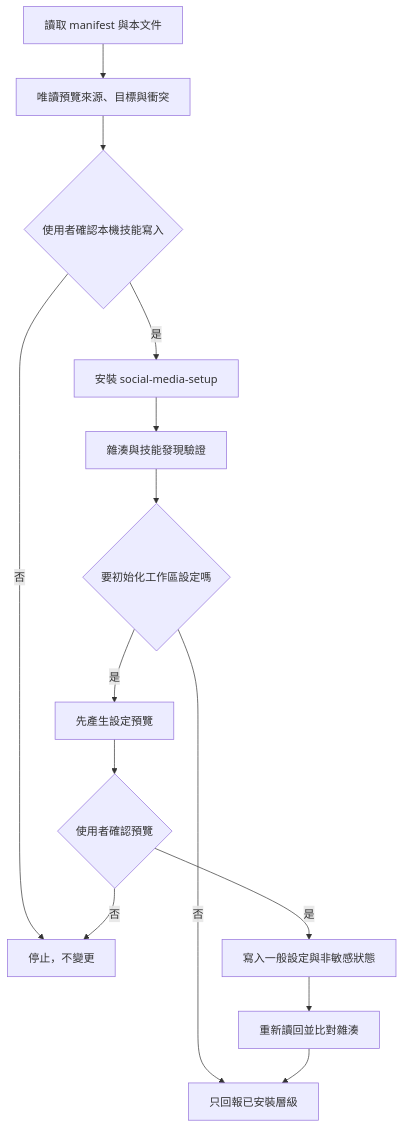
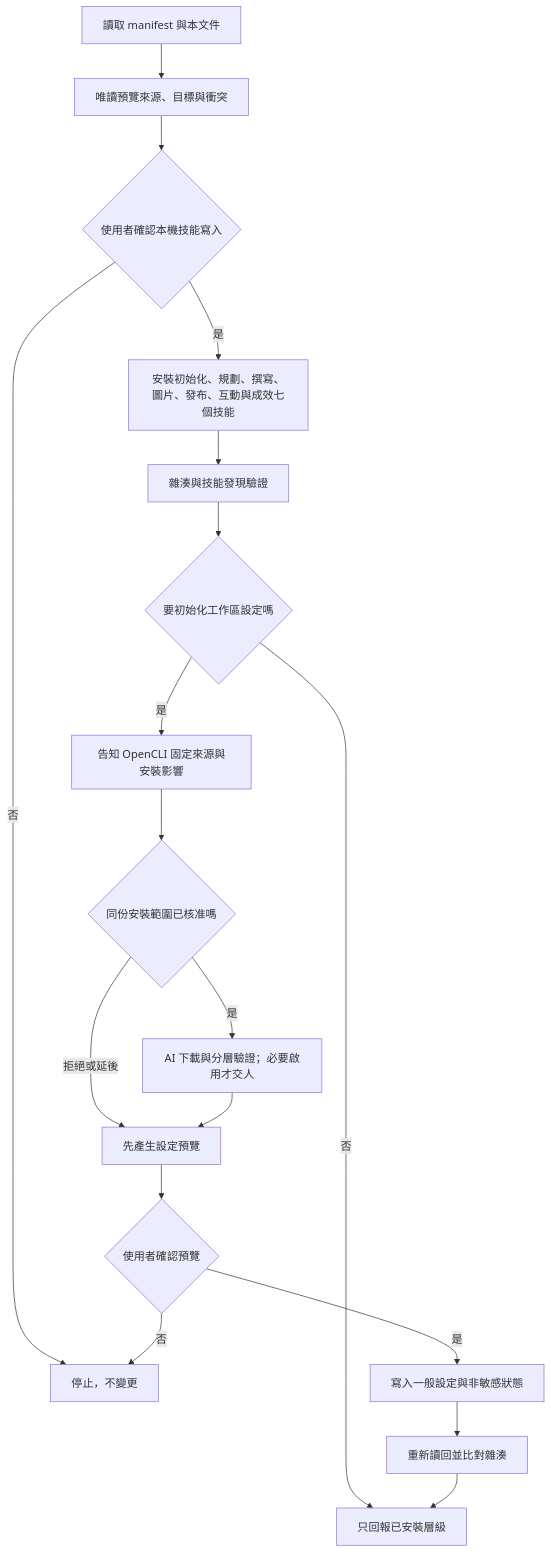
The diagram in skill-packs/social-media/INSTALL.md (iamraven-tw/raven-ai-workflow-toolbox), drawn with Mermaid before and after one commit. The commit also changed other lines of this file and 203 other files, not shown here.

````diff
--- a/skill-packs/social-media/INSTALL.md
+++ b/skill-packs/social-media/INSTALL.md
@@ -5,16 +13,20 @@
 ```mermaid
 flowchart TD
     A[讀取 manifest 與本文件] --> B[唯讀預覽來源、目標與衝突]
     B --> C{使用者確認本機技能寫入}
     C -- 否 --> S[停止，不變更]
-    C -- 是 --> D[安裝 social-media-setup]
+    C -- 是 --> D[安裝初始化、規劃、撰寫、圖片、發布、互動與成效七個技能]
     D --> E[雜湊與技能發現驗證]
     E --> F{要初始化工作區設定嗎}
     F -- 否 --> G[只回報已安裝層級]
-    F -- 是 --> H[先產生設定預覽]
+    F -- 是 --> O[告知 OpenCLI 固定來源與安裝影響]
+    O --> P{同份安裝範圍已核准嗎}
+    P -- 是 --> Q[AI 下載與分層驗證；必要啟用才交人]
+    P -- 拒絕或延後 --> H[先產生設定預覽]
+    Q --> H
     H --> I{使用者確認預覽}
     I -- 否 --> S
     I -- 是 --> J[寫入一般設定與非敏感狀態]
     J --> K[重新讀回並比對雜湊]
     K --> G
 ```
````
